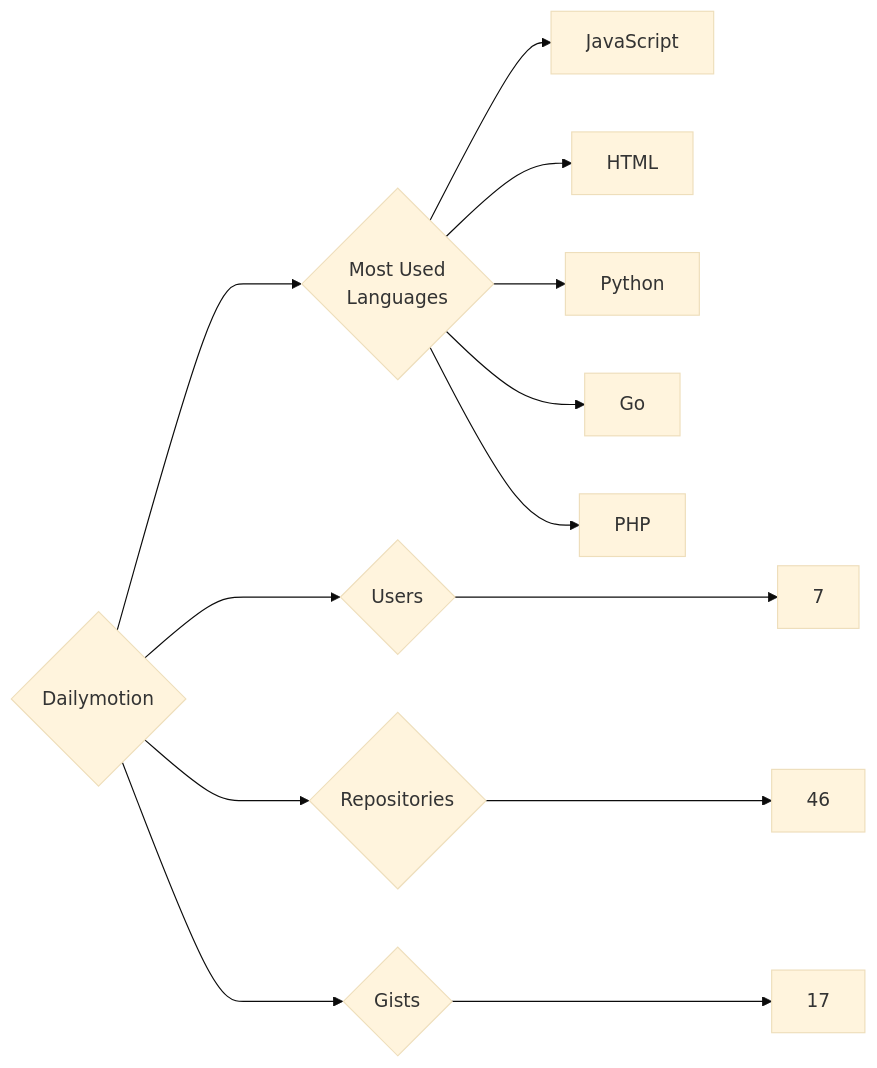
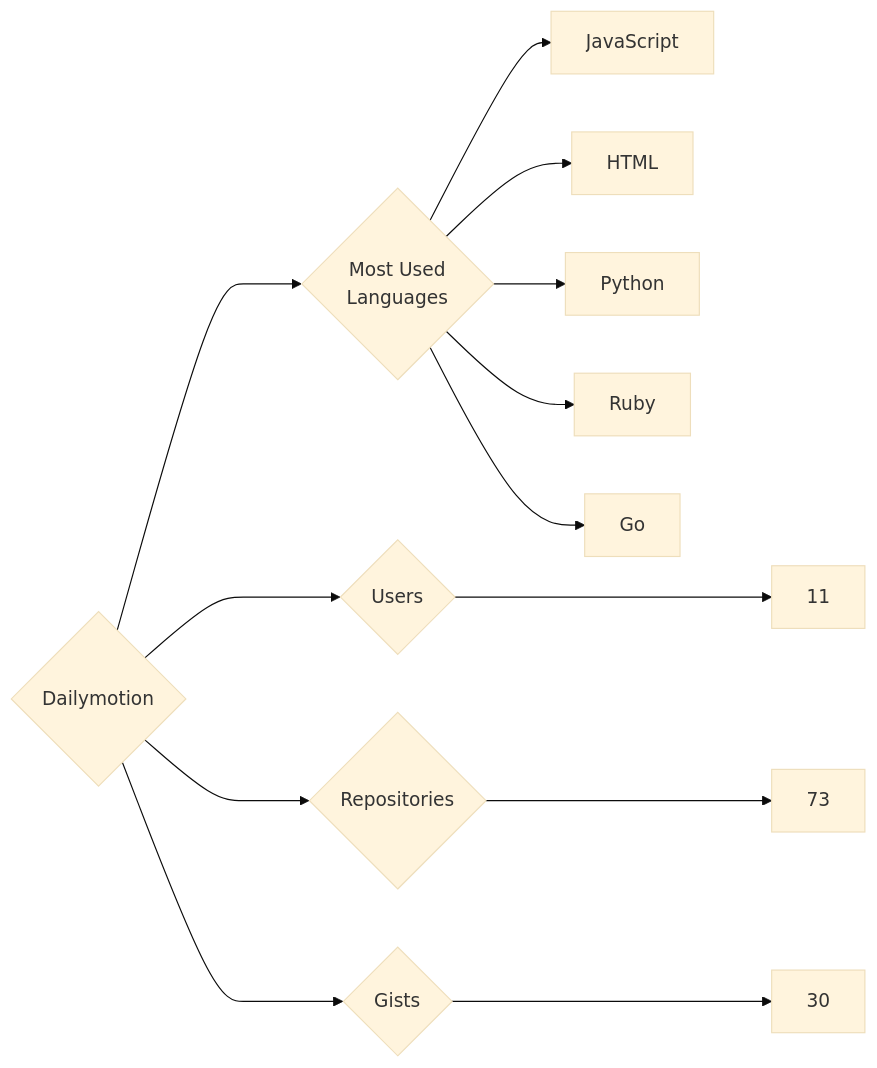
Before and after one commit to trickest/insiders: the diagram in targets/Dailymotion/README.md, drawn with Mermaid (base theme). The commit also changed 912 other files, not shown here.

````diff
--- a/targets/Dailymotion/README.md
+++ b/targets/Dailymotion/README.md
@@ -3,13 +3,13 @@
 ```mermaid
 graph LR
 COMPANY_NAME{Dailymotion}
-COMPANY_NAME ---> U{Users} ---> UN[7]
-COMPANY_NAME ---> R{Repositories} ---> RN[46]
-COMPANY_NAME ---> G{Gists} ---> GN[17]
+COMPANY_NAME ---> U{Users} ---> UN[11]
+COMPANY_NAME ---> R{Repositories} ---> RN[73]
+COMPANY_NAME ---> G{Gists} ---> GN[30]
 COMPANY_NAME ---> ML{Most Used<br>Languages}
 ML --> JavaScript[JavaScript]
 ML --> HTML[HTML]
 ML --> Python[Python]
+ML --> Ruby[Ruby]
 ML --> Go[Go]
-ML --> PHP[PHP]
 ```
````
